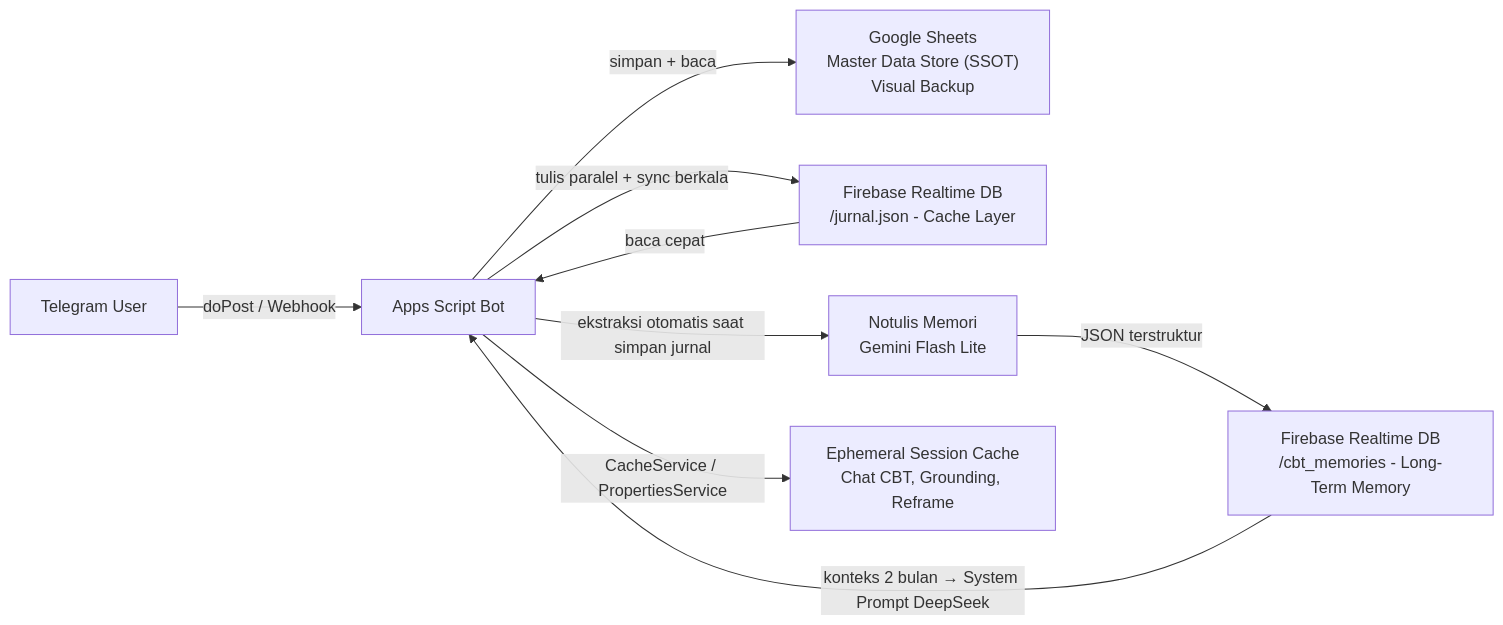
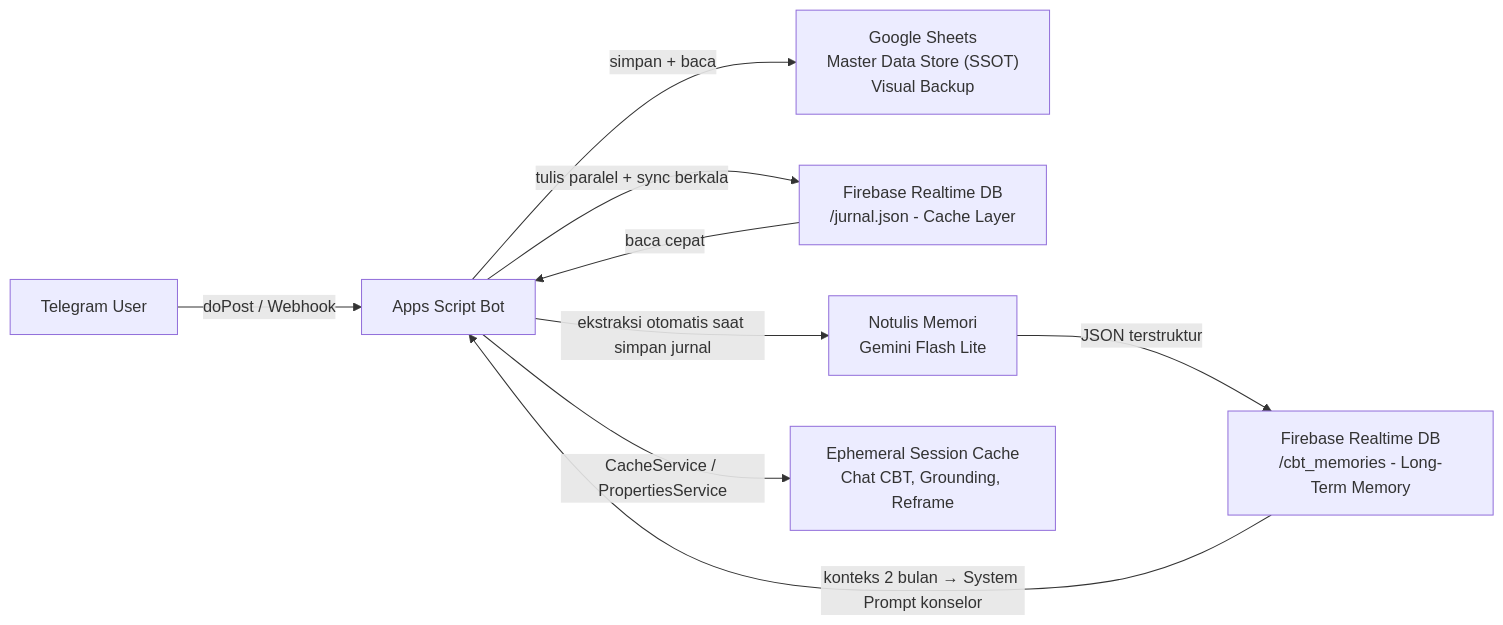
Before and after one commit to akhmadnurh/xenovia-care-cbt: the diagram in README.md, drawn with Mermaid. The commit also changed other lines of this file and 8 other files, not shown here.

````diff
--- a/README.md
+++ b/README.md
@@ -90,11 +122,11 @@
 ```mermaid
 graph LR
     TG["Telegram User"] -->|"doPost / Webhook"| GAS["Apps Script Bot"]
     GAS -->|"simpan + baca"| SS["Google Sheets<br/>Master Data Store (SSOT)<br/>Visual Backup"]
     GAS -->|"tulis paralel + sync berkala"| FB["Firebase Realtime DB<br/>/jurnal.json - Cache Layer"]
     GAS -->|"ekstraksi otomatis saat simpan jurnal"| GM["Notulis Memori<br/>Gemini Flash Lite"]
     GM -->|"JSON terstruktur"| MEM["Firebase Realtime DB<br/>/cbt_memories - Long-Term Memory"]
-    MEM -->|"konteks 2 bulan → System Prompt DeepSeek"| GAS
+    MEM -->|"konteks 2 bulan → System Prompt konselor"| GAS
     GAS -->|"CacheService / PropertiesService"| EP["Ephemeral Session Cache<br/>Chat CBT, Grounding, Reframe"]
     FB -->|"baca cepat"| GAS
 ```
````
